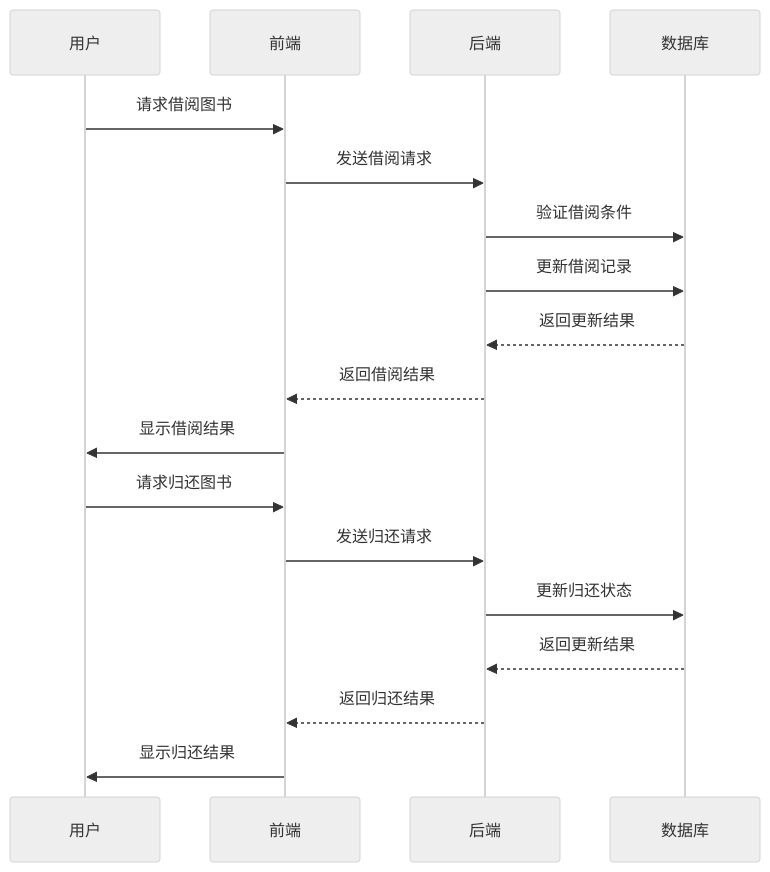
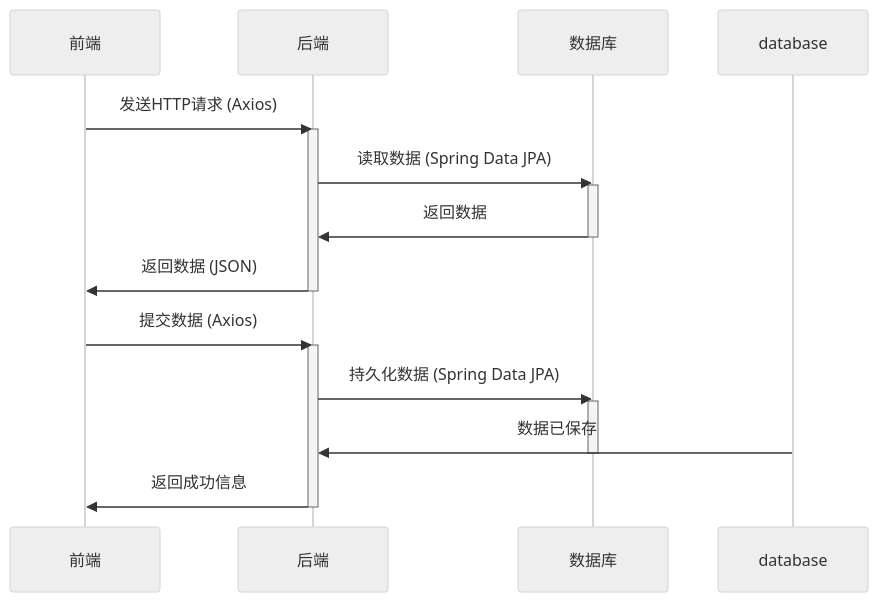
The diagram in all/未命名-3.md (qianlong520/iodraw-files), drawn with Mermaid (neutral theme) before and after one commit.

Commit message:
2024-11-04 14:03:21 update

````diff
--- a/all/未命名-3.md
+++ b/all/未命名-3.md
@@ -1,22 +1,24 @@
 ```mermaid
 sequenceDiagram
-  participant 用户
-  participant 前端
-  participant 后端
-  participant 数据库
+    participant 前端
+    participant 后端
+    participant 数据库
 
-  用户->>前端: 请求借阅图书
-  前端->>后端: 发送借阅请求
-  后端->>数据库: 验证借阅条件
-  后端->>数据库: 更新借阅记录
-  数据库-->>后端: 返回更新结果
-  后端-->>前端: 返回借阅结果
-  前端->>用户: 显示借阅结果
+    前端->>后端: 发送HTTP请求 (Axios)
+    activate 后端
+    后端->>数据库: 读取数据 (Spring Data JPA)
+    activate 数据库
+    数据库->>后端: 返回数据
+    deactivate 数据库
+    后端->>前端: 返回数据 (JSON)
+    deactivate 后端
 
-  用户->>前端: 请求归还图书
-  前端->>后端: 发送归还请求
-  后端->>数据库: 更新归还状态
-  数据库-->>后端: 返回更新结果
-  后端-->>前端: 返回归还结果
-  前端->>用户: 显示归还结果
+    前端->>后端: 提交数据 (Axios)
+    activate 后端
+    后端->>数据库: 持久化数据 (Spring Data JPA)
+    activate 数据库
+    database->>后端: 数据已保存
+    deactivate 数据库
+    后端->>前端: 返回成功信息
+    deactivate 后端
 ```
````
